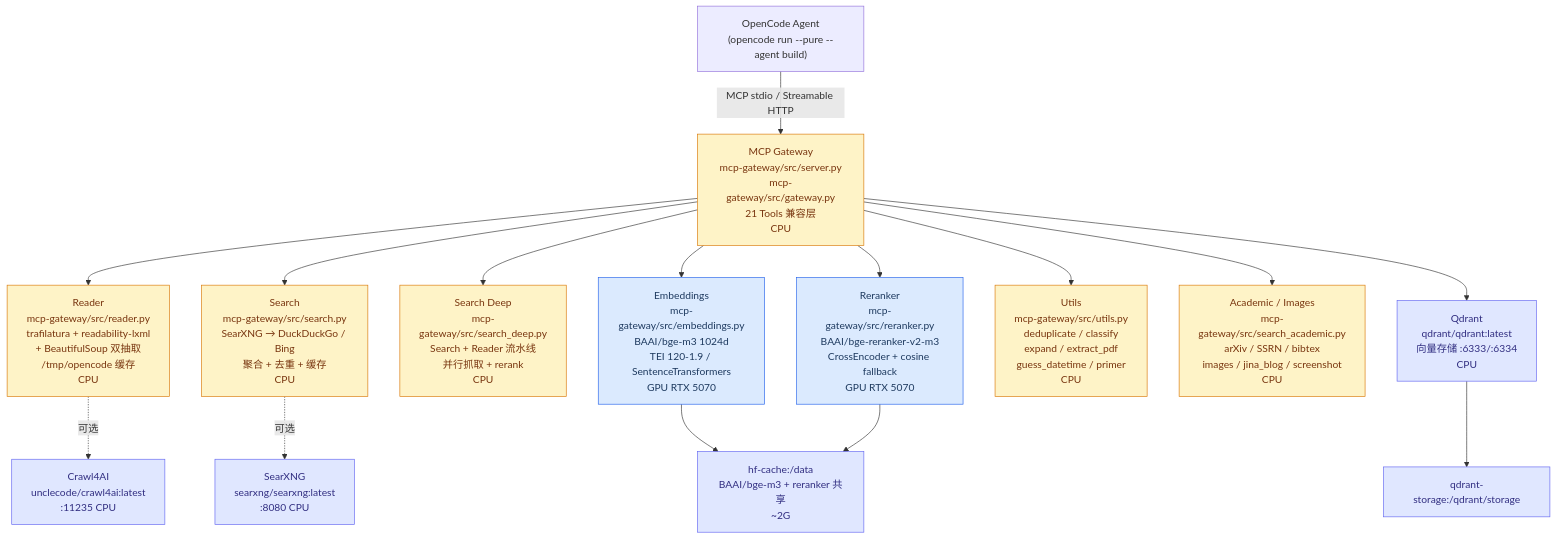
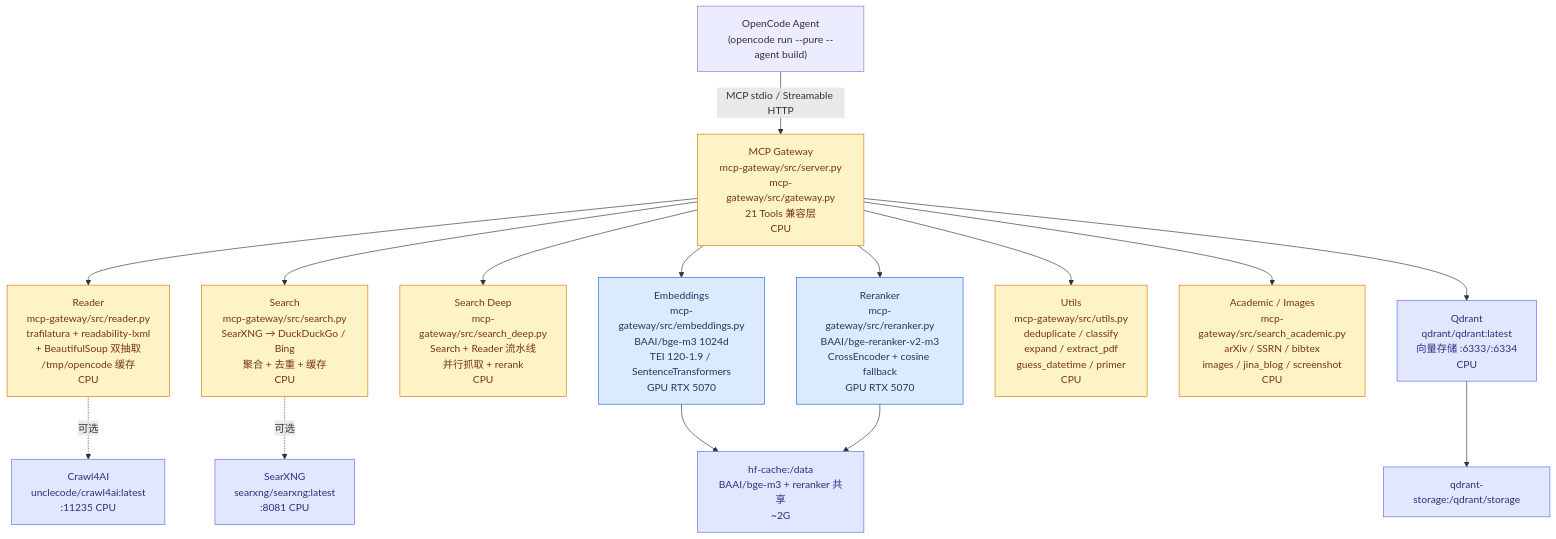
Before and after one commit to lorenzozanee/jina-local: the diagram in README.md, drawn with Mermaid. The commit also changed other lines of this file and 19 other files, not shown here.

````diff
--- a/README.md
+++ b/README.md
@@ -306,29 +306,29 @@
 ```mermaid
 flowchart TB
     Agent["OpenCode Agent<br/>(opencode run --pure --agent build)"]
 
     Agent -->|MCP stdio / Streamable HTTP| Gateway["MCP Gateway<br/>mcp-gateway/src/server.py<br/>mcp-gateway/src/gateway.py<br/>21 Tools 兼容层<br/>CPU"]
 
     Gateway --> Reader["Reader<br/>mcp-gateway/src/reader.py<br/>trafilatura + readability-lxml<br/>+ BeautifulSoup 双抽取<br/>/tmp/opencode 缓存<br/>CPU"]
     Gateway --> Search["Search<br/>mcp-gateway/src/search.py<br/>SearXNG → DuckDuckGo / Bing<br/>聚合 + 去重 + 缓存<br/>CPU"]
     Gateway --> SearchDeep["Search Deep<br/>mcp-gateway/src/search_deep.py<br/>Search + Reader 流水线<br/>并行抓取 + rerank<br/>CPU"]
     Gateway --> Embeddings["Embeddings<br/>mcp-gateway/src/embeddings.py<br/>BAAI/bge-m3 1024d<br/>TEI 120-1.9 / SentenceTransformers<br/>GPU RTX 5070"]
     Gateway --> Reranker["Reranker<br/>mcp-gateway/src/reranker.py<br/>BAAI/bge-reranker-v2-m3<br/>CrossEncoder + cosine fallback<br/>GPU RTX 5070"]
     Gateway --> Utils["Utils<br/>mcp-gateway/src/utils.py<br/>deduplicate / classify<br/>expand / extract_pdf<br/>guess_datetime / primer<br/>CPU"]
     Gateway --> Academic["Academic / Images<br/>mcp-gateway/src/search_academic.py<br/>arXiv / SSRN / bibtex<br/>images / jina_blog / screenshot<br/>CPU"]
     Gateway --> Qdrant["Qdrant<br/>qdrant/qdrant:latest<br/>向量存储 :6333/:6334<br/>CPU"]
 
     Embeddings --> HF["hf-cache:/data<br/>BAAI/bge-m3 + reranker 共享<br/>~2G"]
     Reranker --> HF
     Qdrant --> QVol["qdrant-storage:/qdrant/storage"]
 
-    Search -.->|可选| SearXNG["SearXNG<br/>searxng/searxng:latest<br/>:8080 CPU"]
+    Search -.->|可选| SearXNG["SearXNG<br/>searxng/searxng:latest<br/>:8081 CPU"]
     Reader -.->|可选| Crawl4AI["Crawl4AI<br/>unclecode/crawl4ai:latest<br/>:11235 CPU"]
 
     classDef gpu fill:#dbeafe,stroke:#2563eb,color:#1e3a5f
     classDef cpu fill:#fef3c7,stroke:#d97706,color:#78350f
     classDef infra fill:#e0e7ff,stroke:#6366f1,color:#312e81
     class Embeddings,Reranker gpu
     class Gateway,Reader,Search,SearchDeep,Utils,Academic cpu
     class Qdrant,SearXNG,Crawl4AI,HF,QVol infra
 ```
````
